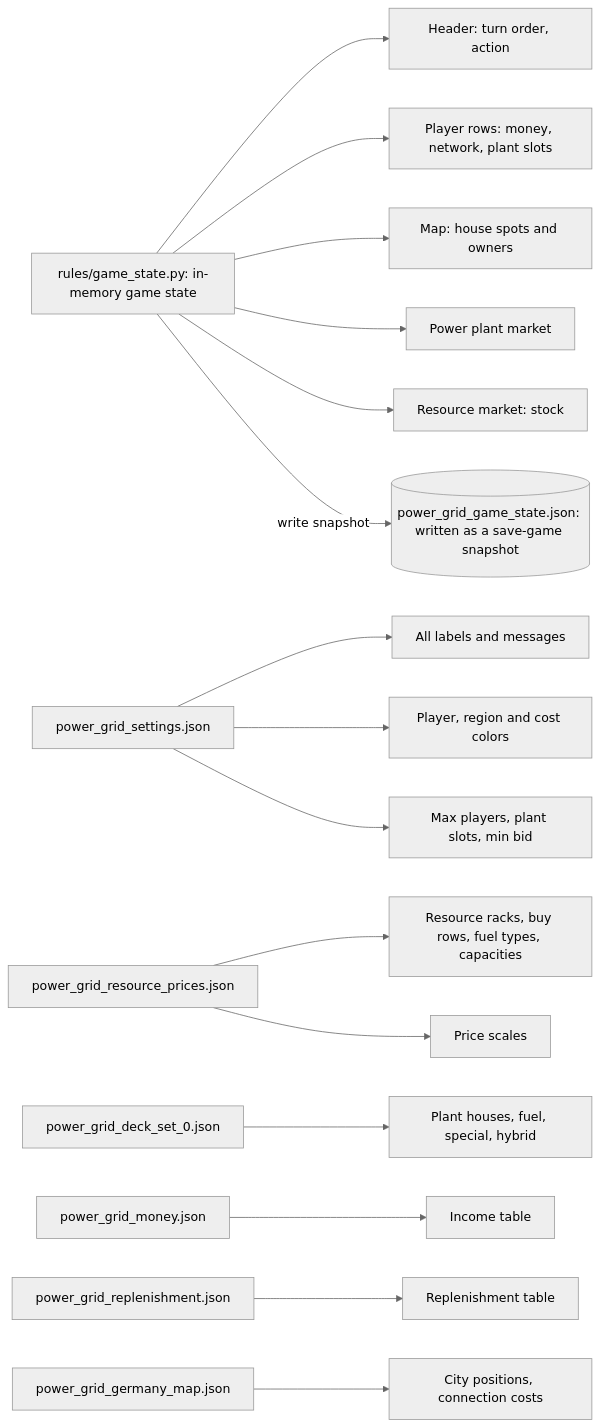
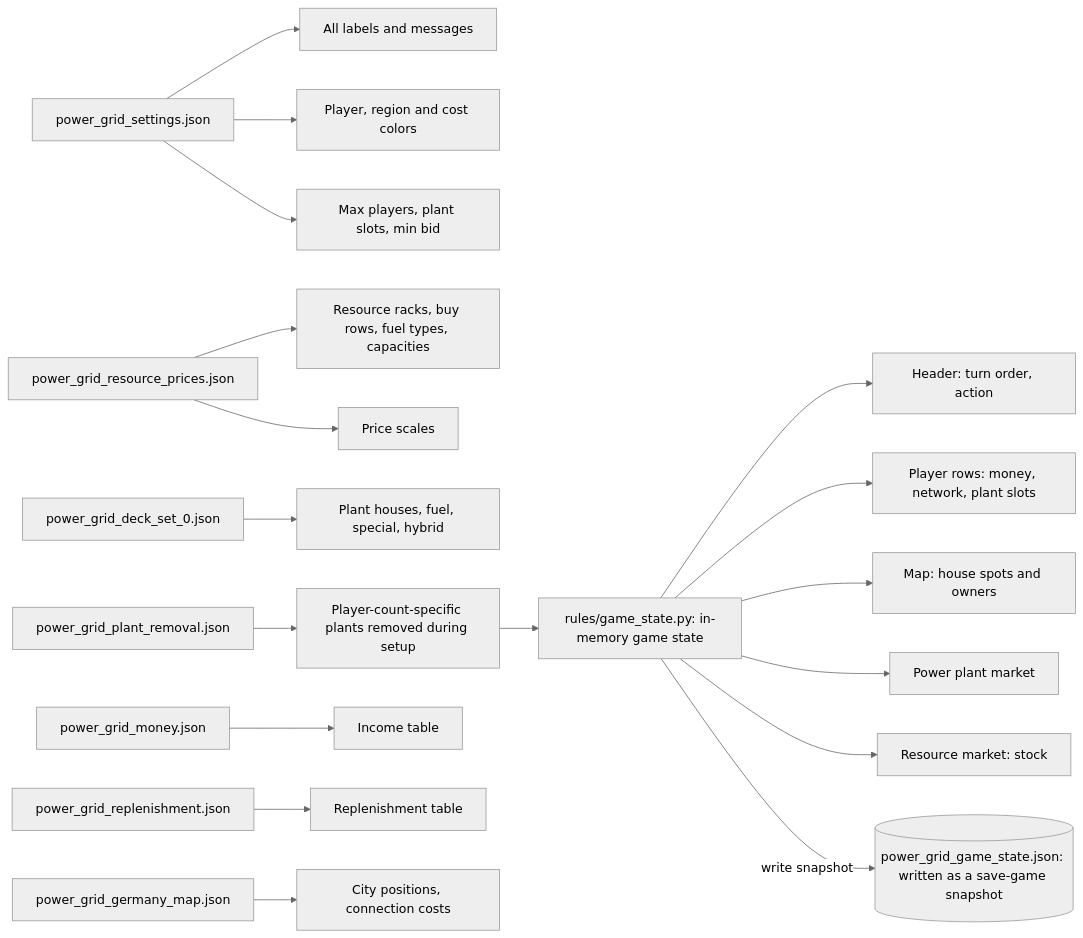
One commit to runnindrk/power-grid changed the diagram in docs/diagrams/05-json-sources.md. Above: the diagram before and after it, drawn with Mermaid (neutral theme). The commit also changed 6 other files, not shown here.

Commit message:
added config to remove power plant based on number of players

````diff
--- a/docs/diagrams/05-json-sources.md
+++ b/docs/diagrams/05-json-sources.md
@@ -5,30 +5,33 @@
 ```mermaid
 flowchart LR
     State["rules/game_state.py: in-memory game state"]
     Save[("power_grid_game_state.json: written as a save-game snapshot")]
     Settings["power_grid_settings.json"]
     Resources["power_grid_resource_prices.json"]
     Deck["power_grid_deck_set_0.json"]
+    Removal["power_grid_plant_removal.json"]
     Money["power_grid_money.json"]
     Replen["power_grid_replenishment.json"]
     Map["power_grid_germany_map.json"]
 
     State --> Header["Header: turn order, action"]
     State --> Players["Player rows: money, network, plant slots"]
     State --> Houses["Map: house spots and owners"]
     State --> MarketCards["Power plant market"]
     State --> RMarket["Resource market: stock"]
 
     Settings --> Texts["All labels and messages"]
     Settings --> Colors["Player, region and cost colors"]
     Settings --> Limits["Max players, plant slots, min bid"]
 
     Resources --> Racks["Resource racks, buy rows, fuel types, capacities"]
     Resources --> Scales["Price scales"]
 
     Deck --> PlantInfo["Plant houses, fuel, special, hybrid"]
+    Removal --> Removed["Player-count-specific plants removed during setup"]
+    Removed --> State
     Money --> Income["Income table"]
     Replen --> Rates["Replenishment table"]
     Map --> Geometry["City positions, connection costs"]
     State -->|write snapshot| Save
 ```
````
